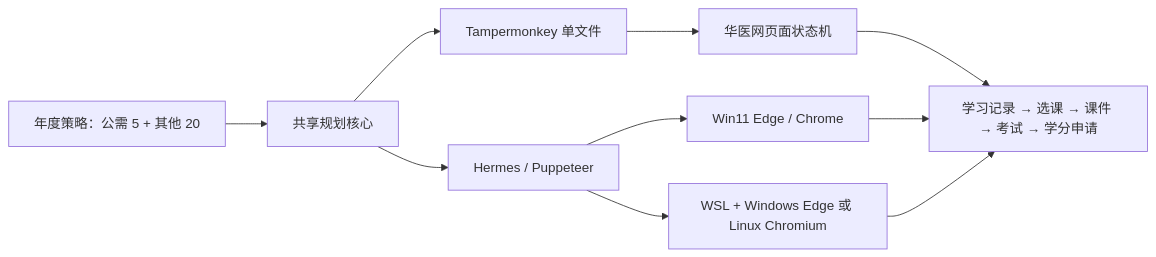
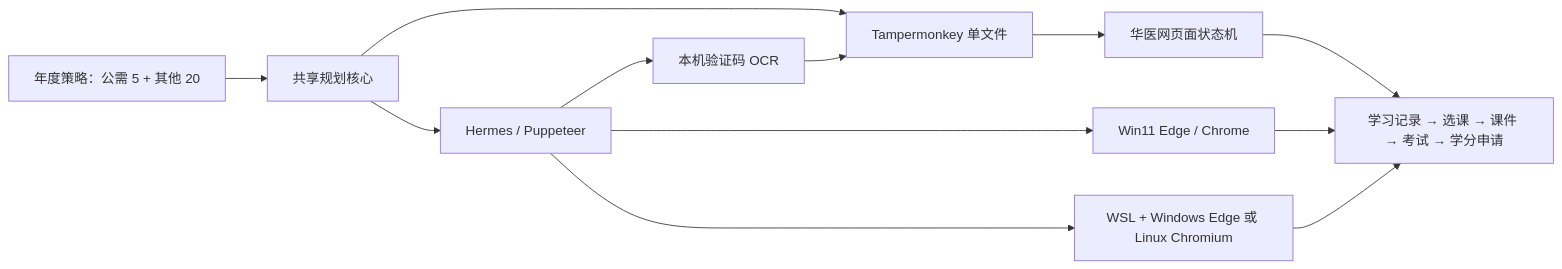
One commit to wzgrx/hua-yi-helper changed the diagram in README.md. Above: the diagram before and after it, drawn with Mermaid. The commit also changed other lines of this file and 39 other files, not shown here.

````diff
--- a/README.md
+++ b/README.md
@@ -7,12 +7,14 @@
 ```mermaid
 flowchart LR
     P["年度策略：公需 5 + 其他 20"] --> C["共享规划核心"]
     C --> T["Tampermonkey 单文件"]
     C --> H["Hermes / Puppeteer"]
+    H --> O["本机验证码 OCR"]
+    O --> T
     T --> W["华医网页面状态机"]
     H --> E["Win11 Edge / Chrome"]
     H --> L["WSL + Windows Edge 或 Linux Chromium"]
     W --> R["学习记录 → 选课 → 课件 → 考试 → 学分申请"]
     E --> R
     L --> R
 ```
````
